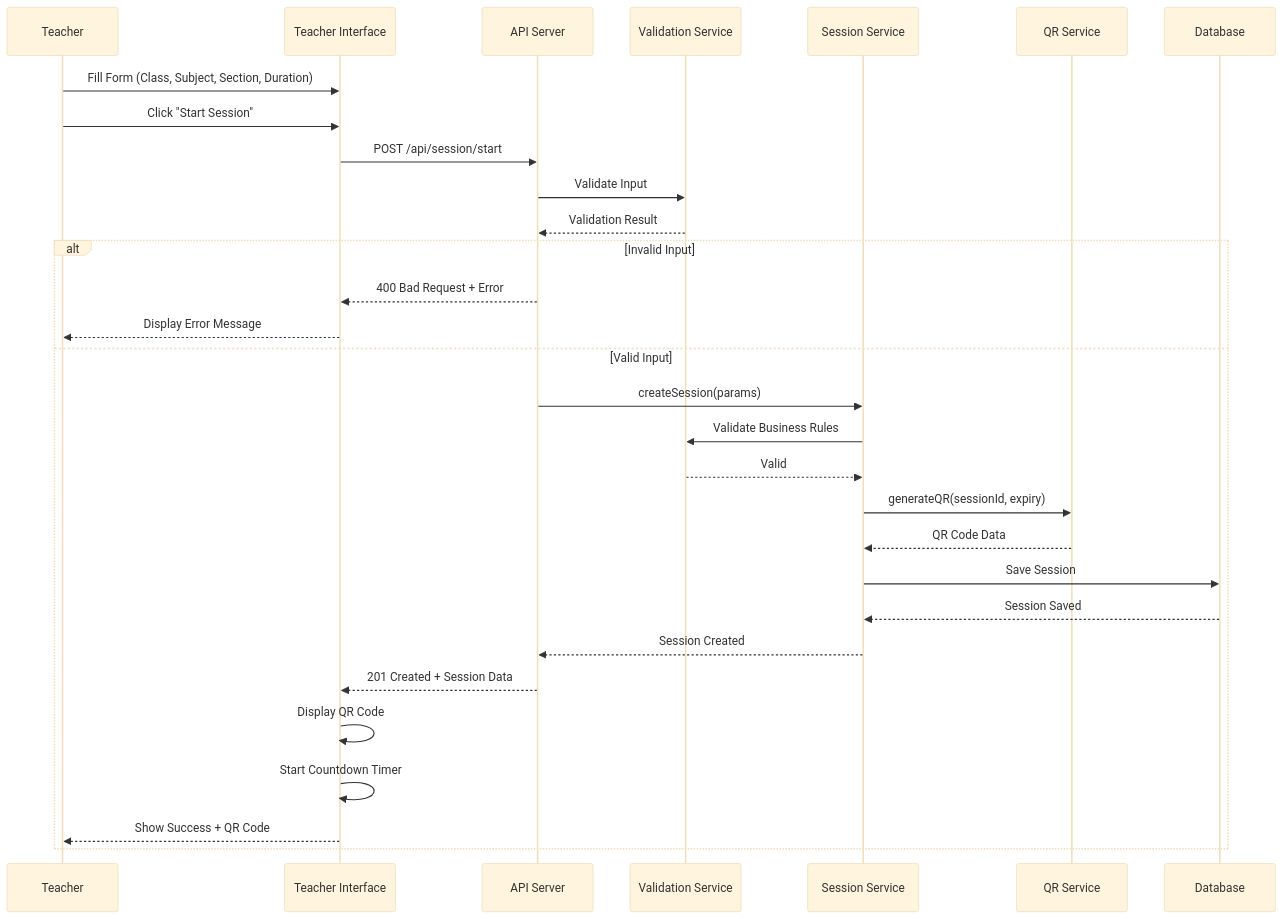
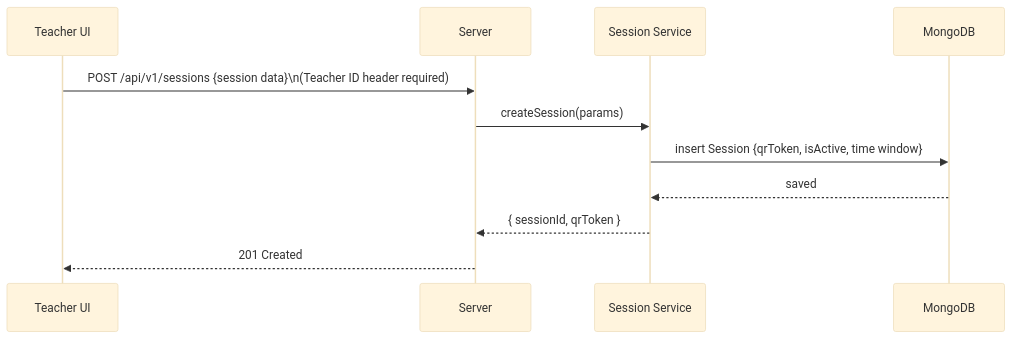
The second of 7 diagrams in FLOWCHARTS.md (abhakeemshah/attendRevolution), drawn with Mermaid (base theme) before and after one commit. The commit also changed other lines of this file and 5 other files, not shown here.

First line of the commit message:
docs: update README, architecture, flowcharts to match current backend

````diff
--- a/FLOWCHARTS.md
+++ b/FLOWCHARTS.md
@@ -63,37 +21,14 @@
 ```mermaid
 sequenceDiagram
-    participant T as Teacher
-    participant UI as Teacher Interface
-    participant API as API Server
-    participant VS as Validation Service
-    participant SS as Session Service
-    participant QS as QR Service
-    participant DB as Database
-    
-    T->>UI: Fill Form (Class, Subject, Section, Duration)
-    T->>UI: Click "Start Session"
-    UI->>API: POST /api/session/start
-    API->>VS: Validate Input
-    VS-->>API: Validation Result
-    
-    alt Invalid Input
-        API-->>UI: 400 Bad Request + Error
-        UI-->>T: Display Error Message
-    else Valid Input
-        API->>SS: createSession(params)
-        SS->>VS: Validate Business Rules
-        VS-->>SS: Valid
-        
-        SS->>QS: generateQR(sessionId, expiry)
-        QS-->>SS: QR Code Data
-        
-        SS->>DB: Save Session
-        DB-->>SS: Session Saved
-        
-        SS-->>API: Session Created
-        API-->>UI: 201 Created + Session Data
-        UI->>UI: Display QR Code
-        UI->>UI: Start Countdown Timer
-        UI-->>T: Show Success + QR Code
-    end
+  participant T as Teacher UI
+  participant API as Server
+  participant SS as Session Service
+  participant DB as MongoDB
+
+  T->>API: POST /api/v1/sessions {session data}\n(Teacher ID header required)
+  API->>SS: createSession(params)
+  SS->>DB: insert Session {qrToken, isActive, time window}
+  DB-->>SS: saved
+  SS-->>API: { sessionId, qrToken }
+  API-->>T: 201 Created
 ```
````
